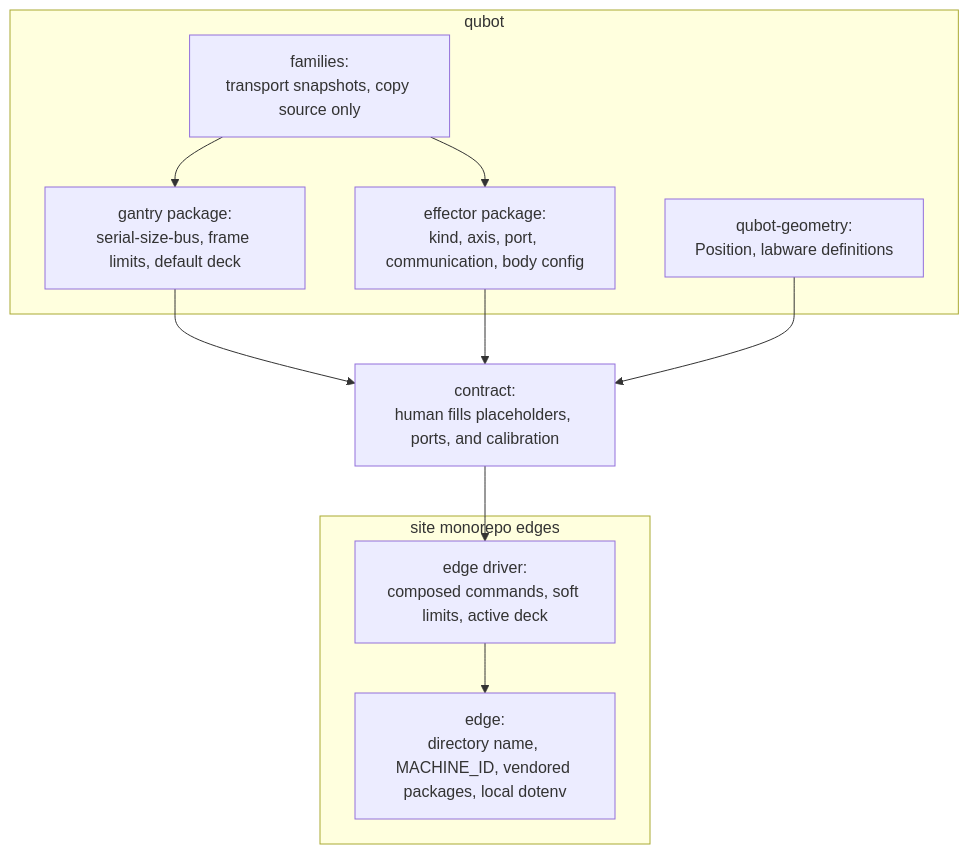
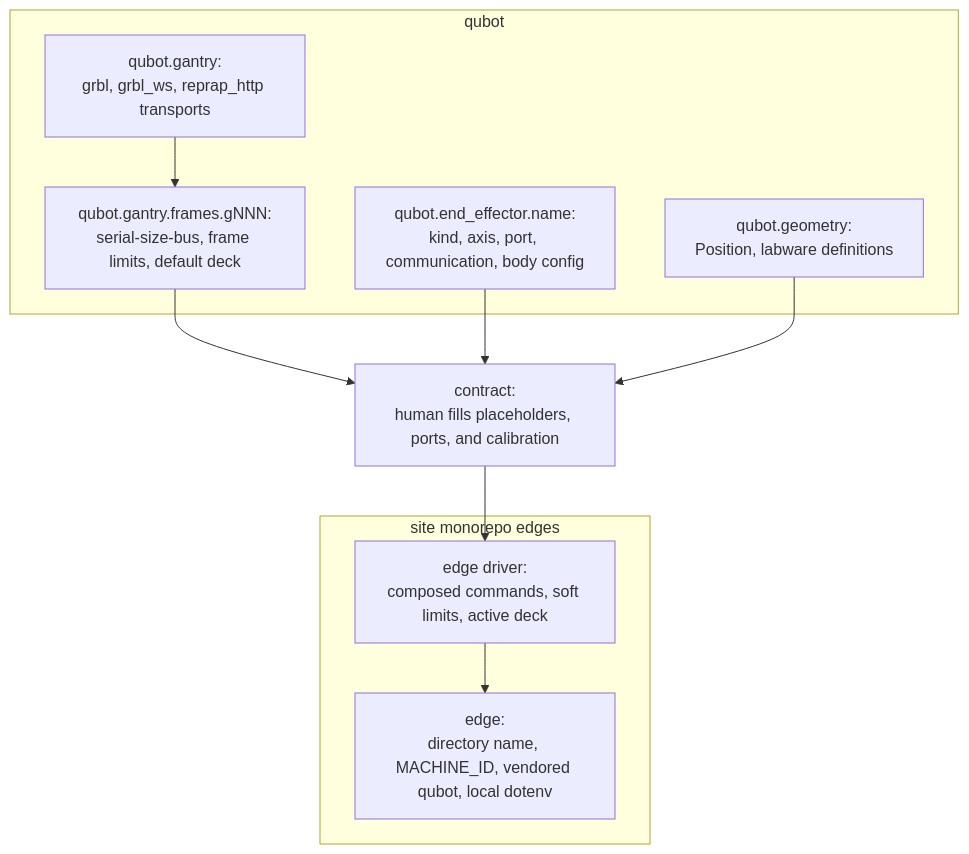
One commit to PUDAP/qubot changed the diagram in MODULARIZATION.md. Above: the diagram before and after it, drawn with Mermaid. The commit also changed other lines of this file and 168 other files, not shown here.

First line of the commit message:
refactor: Collapse the workspace into one qubot package.

````diff
--- a/MODULARIZATION.md
+++ b/MODULARIZATION.md
@@ -9,21 +9,20 @@
 ```mermaid
 flowchart TB
   subgraph sources [qubot]
-    families["families:<br/>transport snapshots, copy source only"]
-    geometry["qubot-geometry:<br/>Position, labware definitions"]
-    gantry["gantry package:<br/>serial-size-bus, frame limits, default deck"]
-    effector["effector package:<br/>kind, axis, port, communication, body config"]
-    families --> gantry
-    families --> effector
+    transport["qubot.gantry:<br/>grbl, grbl_ws, reprap_http transports"]
+    geometry["qubot.geometry:<br/>Position, labware definitions"]
+    gantry["qubot.gantry.frames.gNNN:<br/>serial-size-bus, frame limits, default deck"]
+    effector["qubot.end_effector.name:<br/>kind, axis, port, communication, body config"]
+    transport --> gantry
   end
   contract["contract:<br/>human fills placeholders, ports, and calibration"]
   gantry --> contract
   effector --> contract
   geometry --> contract
   subgraph built [site monorepo edges]
     module["edge driver:<br/>composed commands, soft limits, active deck"]
-    edge["edge:<br/>directory name, MACHINE_ID, vendored packages, local dotenv"]
+    edge["edge:<br/>directory name, MACHINE_ID, vendored qubot, local dotenv"]
     module --> edge
   end
   contract --> module
 ```
````
